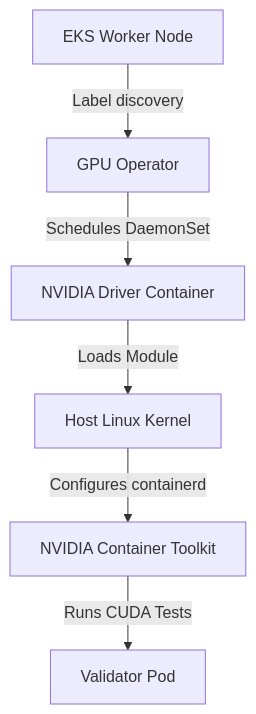
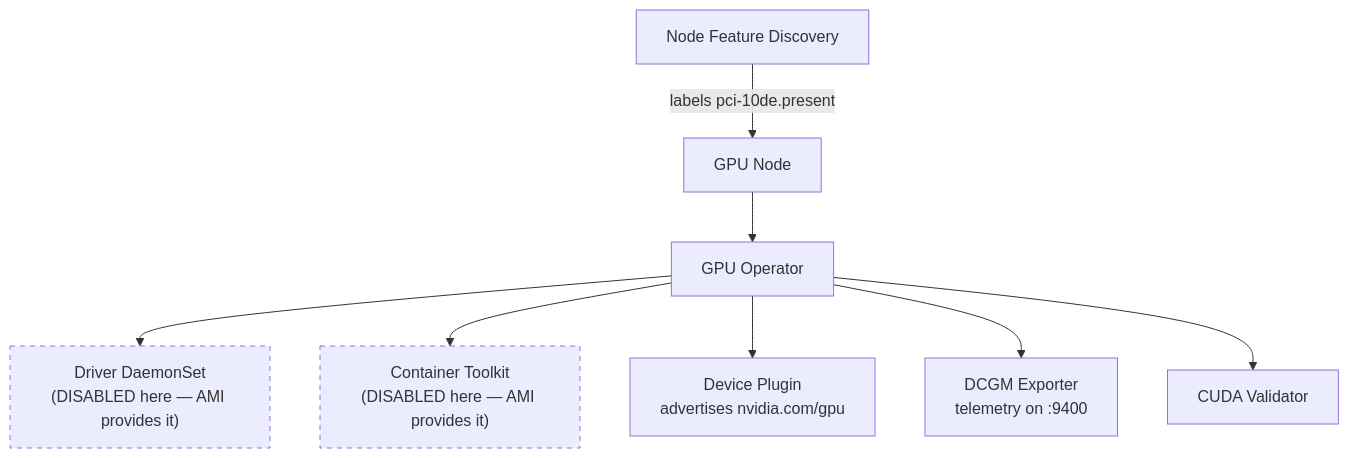
One commit to ok-karthik/ai-infrastructure-on-eks changed the diagram in docs/labs/02-gpu-operator.md. Above: the diagram before and after it, drawn with Mermaid. The commit also changed other lines of this file and 192 other files, not shown here.

First line of the commit message:
fix: correct platform bugs, implement GPU Operator, align docs with code

````diff
--- a/docs/labs/02-gpu-operator.md
+++ b/docs/labs/02-gpu-operator.md
@@ -10,8 +25,13 @@
 ```mermaid
 graph TD
-    Node[EKS Worker Node] -->|Label discovery| Op[GPU Operator]
-    Op -->|Schedules DaemonSet| Driver[NVIDIA Driver Container]
-    Driver -->|Loads Module| Host[Host Linux Kernel]
-    Host -->|Configures containerd| Toolkit[NVIDIA Container Toolkit]
-    Toolkit -->|Runs CUDA Tests| Val[Validator Pod]
+    NFD[Node Feature Discovery] -->|labels pci-10de.present| Node[GPU Node]
+    Node --> Op[GPU Operator]
+    Op --> Driver["Driver DaemonSet<br/>(DISABLED here — AMI provides it)"]
+    Op --> Toolkit["Container Toolkit<br/>(DISABLED here — AMI provides it)"]
+    Op --> DP[Device Plugin<br/>advertises nvidia.com/gpu]
+    Op --> DCGM[DCGM Exporter<br/>telemetry on :9400]
+    Op --> Val[CUDA Validator]
+
+    style Driver stroke-dasharray: 5 5
+    style Toolkit stroke-dasharray: 5 5
 ```
````
